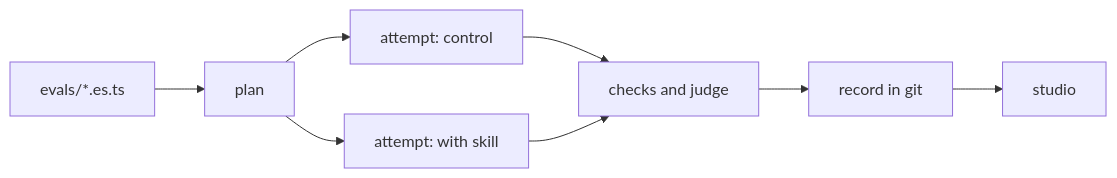
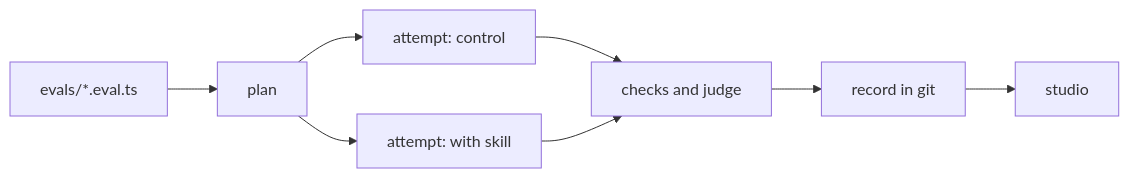
One commit to invertase/reeval changed the diagram in docs/index.mdx. Above: the diagram before and after it, drawn with Mermaid. The commit also changed other lines of this file and 803 other files, not shown here.

````diff
--- a/docs/index.mdx
+++ b/docs/index.mdx
@@ -30,10 +30,10 @@
 ```mermaid
 flowchart LR
-  E[evals/*.es.ts] --> P[plan]
+  E[evals/*.eval.ts] --> P[plan]
   P --> A1[attempt: control]
   P --> A2[attempt: with skill]
   A1 --> C[checks and judge]
   A2 --> C
   C --> R[record in git]
   R --> S[studio]
 ```
````
